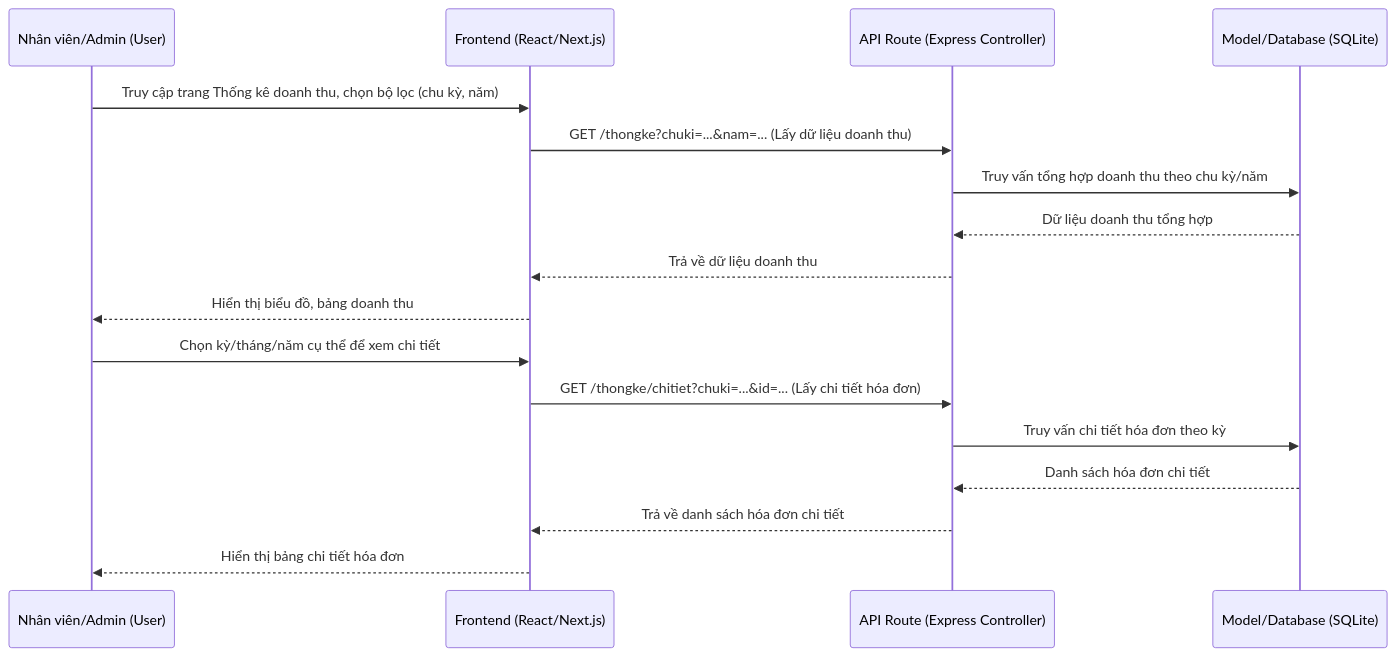
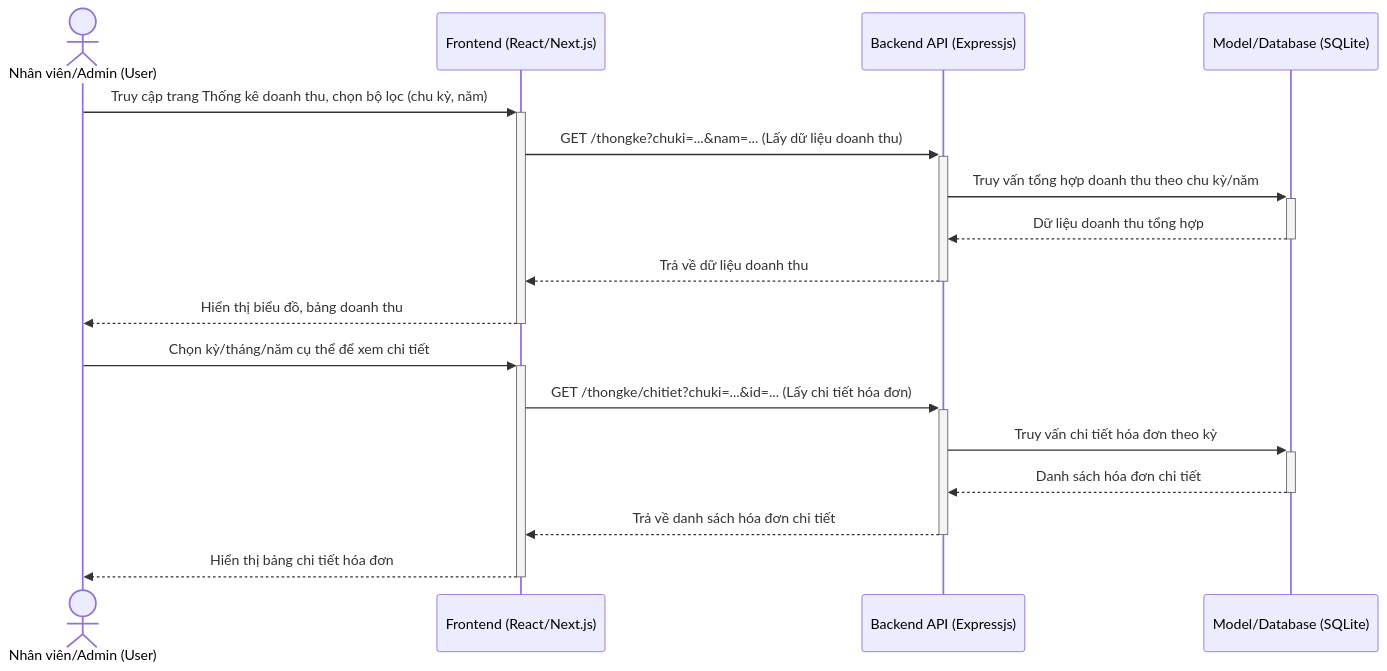
The sixth of 6 diagrams in BAOCAO.md (hinorashi/qlsb), drawn with Mermaid before and after one commit. The commit also changed other lines of this file, not shown here.

````diff
--- a/BAOCAO.md
+++ b/BAOCAO.md
@@ -224,21 +269,21 @@
 ```mermaid
 sequenceDiagram
-    participant User as Nhân viên/Admin (User)
+    actor User as Nhân viên/Admin (User)
     participant View as Frontend (React/Next.js)
-    participant Controller as API Route (Express Controller)
+    participant Controller as Backend API (Expressjs)
     participant Model as Model/Database (SQLite)
 
-    User->>View: Truy cập trang Thống kê doanh thu, chọn bộ lọc (chu kỳ, năm)
-    View->>Controller: GET /thongke?chuki=...&nam=... (Lấy dữ liệu doanh thu)
-    Controller->>Model: Truy vấn tổng hợp doanh thu theo chu kỳ/năm
-    Model-->>Controller: Dữ liệu doanh thu tổng hợp
-    Controller-->>View: Trả về dữ liệu doanh thu
-    View-->>User: Hiển thị biểu đồ, bảng doanh thu
+    User->>+View: Truy cập trang Thống kê doanh thu, chọn bộ lọc (chu kỳ, năm)
+    View->>+Controller: GET /thongke?chuki=...&nam=... (Lấy dữ liệu doanh thu)
+    Controller->>+Model: Truy vấn tổng hợp doanh thu theo chu kỳ/năm
+    Model-->>-Controller: Dữ liệu doanh thu tổng hợp
+    Controller-->>-View: Trả về dữ liệu doanh thu
+    View-->>-User: Hiển thị biểu đồ, bảng doanh thu
 
-    User->>View: Chọn kỳ/tháng/năm cụ thể để xem chi tiết
-    View->>Controller: GET /thongke/chitiet?chuki=...&id=... (Lấy chi tiết hóa đơn)
-    Controller->>Model: Truy vấn chi tiết hóa đơn theo kỳ
-    Model-->>Controller: Danh sách hóa đơn chi tiết
-    Controller-->>View: Trả về danh sách hóa đơn chi tiết
-    View-->>User: Hiển thị bảng chi tiết hóa đơn
+    User->>+View: Chọn kỳ/tháng/năm cụ thể để xem chi tiết
+    View->>+Controller: GET /thongke/chitiet?chuki=...&id=... (Lấy chi tiết hóa đơn)
+    Controller->>+Model: Truy vấn chi tiết hóa đơn theo kỳ
+    Model-->>-Controller: Danh sách hóa đơn chi tiết
+    Controller-->>-View: Trả về danh sách hóa đơn chi tiết
+    View-->>-User: Hiển thị bảng chi tiết hóa đơn
 ```
````
